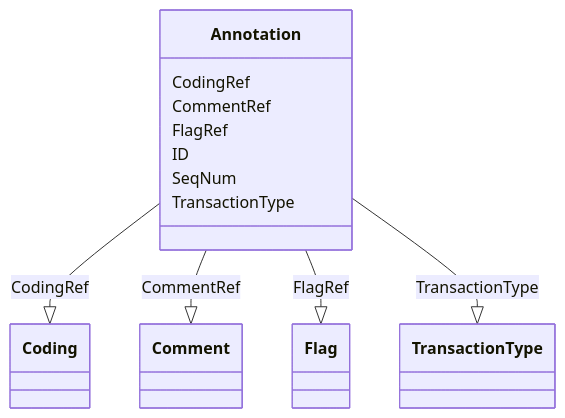
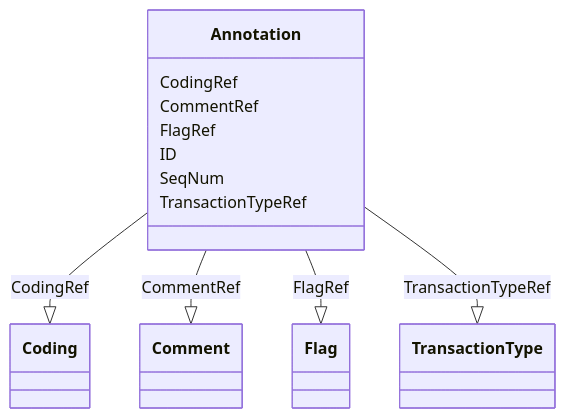
The diagram in docs/Annotation.md (cdisc-org/DataExchange-ODM-LinkML), drawn with Mermaid before and after one commit. The commit also changed other lines of this file and 398 other files, not shown here.

Commit message:
refreshing for latest updates to schema

````diff
--- a/docs/Annotation.md
+++ b/docs/Annotation.md
@@ -9,25 +9,25 @@
 ```mermaid
  classDiagram
     class Annotation
       Annotation : CodingRef
         
           Annotation --|> Coding : CodingRef
         
       Annotation : CommentRef
         
           Annotation --|> Comment : CommentRef
         
       Annotation : FlagRef
         
           Annotation --|> Flag : FlagRef
         
       Annotation : ID
         
       Annotation : SeqNum
         
-      Annotation : TransactionType
+      Annotation : TransactionTypeRef
         
-          Annotation --|> TransactionType : TransactionType
+          Annotation --|> TransactionType : TransactionTypeRef
         
       
 ```
````
